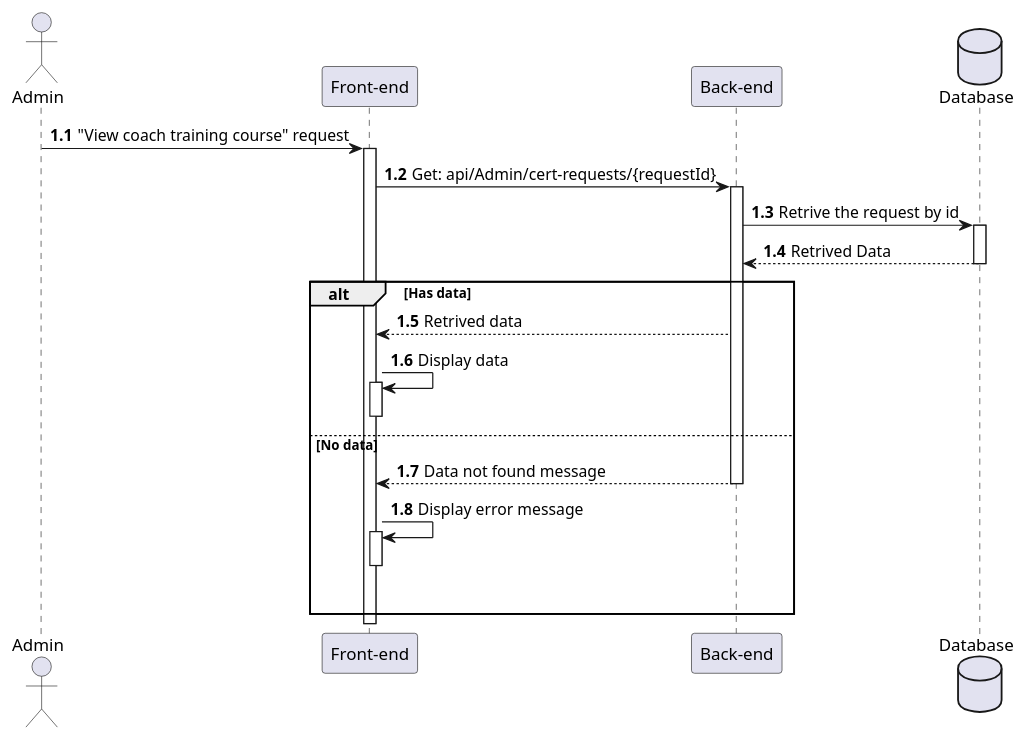
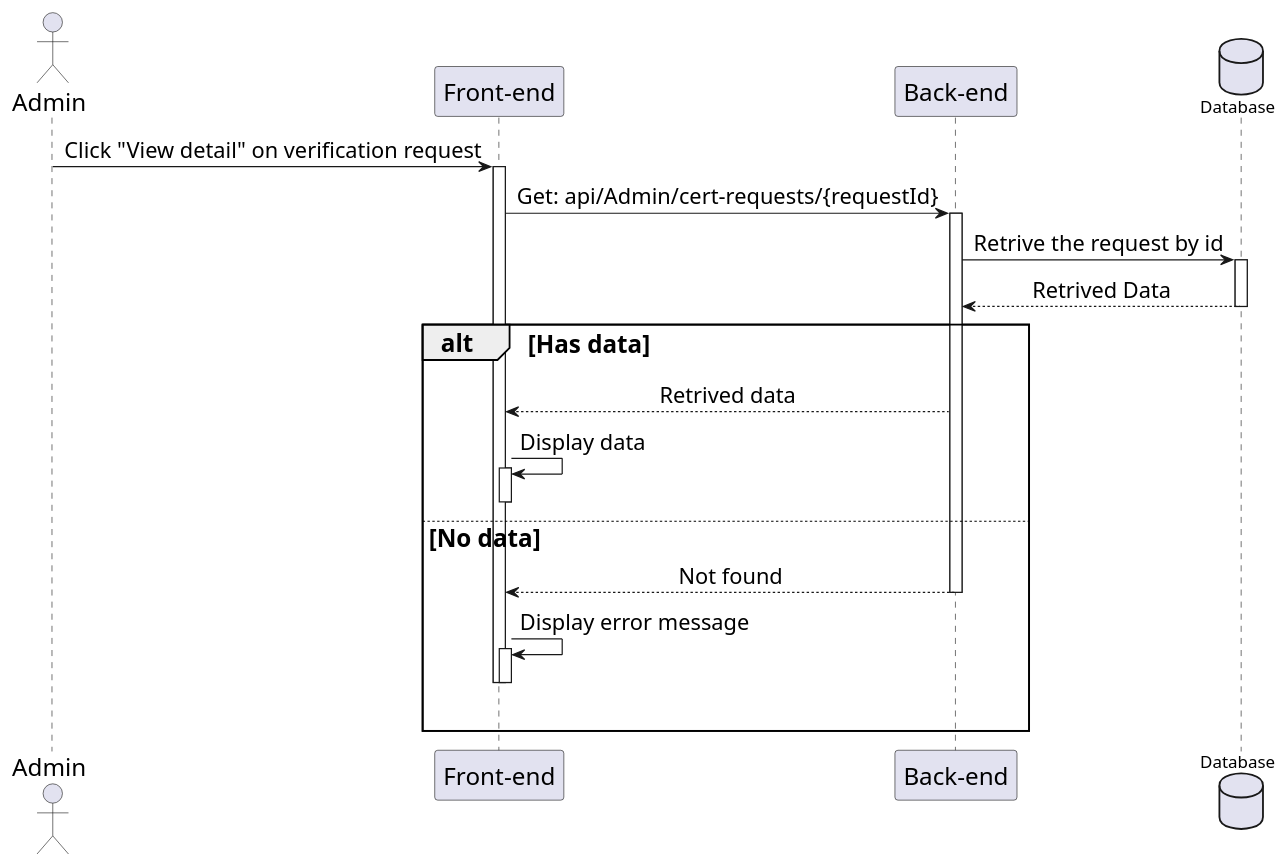
One commit to HTPhong-276/iCoaching-Diagrams changed the diagram in Sequences_diagrams/ViewCoachVerifyReqDetail.pu. Above: the diagram before and after it, drawn with PlantUML. The commit also changed 75 other files, not shown here.

Commit message:
Update Sequences_diagrams

```diff
--- a/Sequences_diagrams/ViewCoachVerifyReqDetail.pu
+++ b/Sequences_diagrams/ViewCoachVerifyReqDetail.pu
@@ -1,28 +1,35 @@
 @startuml ViewCoachVerifyRequestDetail
-
+skinparam sequenceMessageAlign center
+skinparam sequenceGroupFontSize 20
+skinparam sequenceGroupHeaderFontSize 20
+skinparam sequence {
+    ParticipantFontSize 20
+    ActorFontSize 20
+    DatabaseFontSize 20
+    ArrowFontSize 18
+} 
 actor Admin as user
 participant "Front-end" as client
 participant "Back-end" as server 
 database "Database" as db
 
-autonumber 1.1 "<b>0:"
-
-user -> client++ : "View coach training course" request 
+user -> client++ : Click "View detail" on verification request 
 client -> server++ : Get: api/Admin/cert-requests/{requestId}
 server -> db++ : Retrive the request by id
 db --> server : Retrived Data
 deactivate
 
 alt Has data
     server --> client : Retrived data
     client -> client++ : Display data
     deactivate
 
 else No data
-    server --> client : Data not found message
+    server --> client : Not found
     deactivate
     client -> client++ : Display error message 
+    deactivate
     deactivate
     |||
 end 
 @enduml
```
